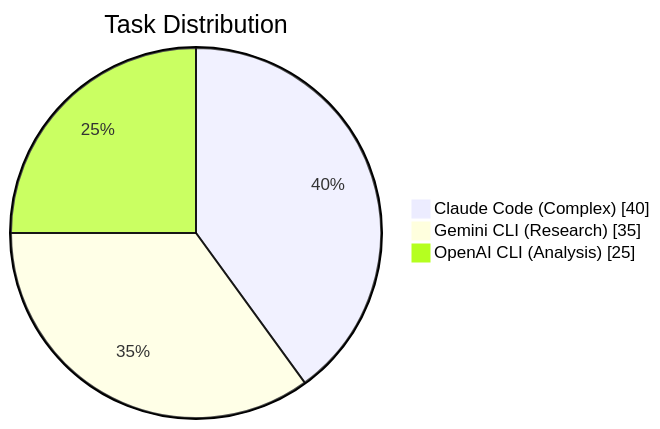
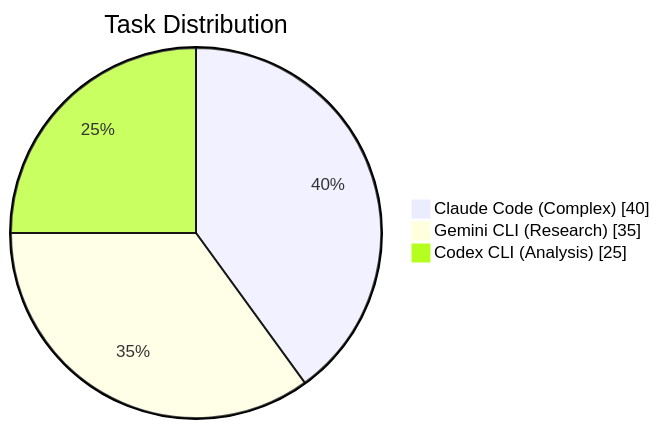
One commit to zturner1/zturner1-3model-concurrent-workflow changed the third of 3 diagrams in docs/diagram.md. Above: the diagram before and after it, drawn with Mermaid. The commit also changed other lines of this file and 56 other files, not shown here.

````diff
--- a/docs/diagram.md
+++ b/docs/diagram.md
@@ -77,7 +111,7 @@
 ```mermaid
 pie showData
     title Task Distribution
     "Claude Code (Complex)" : 40
     "Gemini CLI (Research)" : 35
-    "OpenAI CLI (Analysis)" : 25
+    "Codex CLI (Analysis)" : 25
 ```
````
